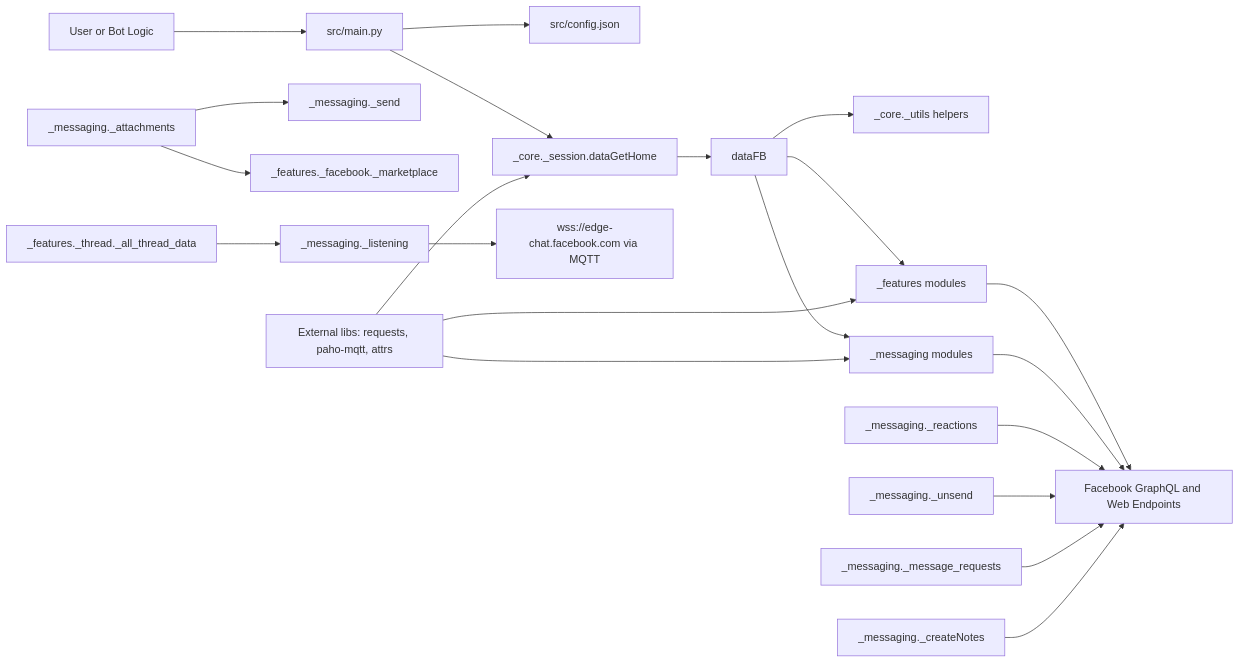
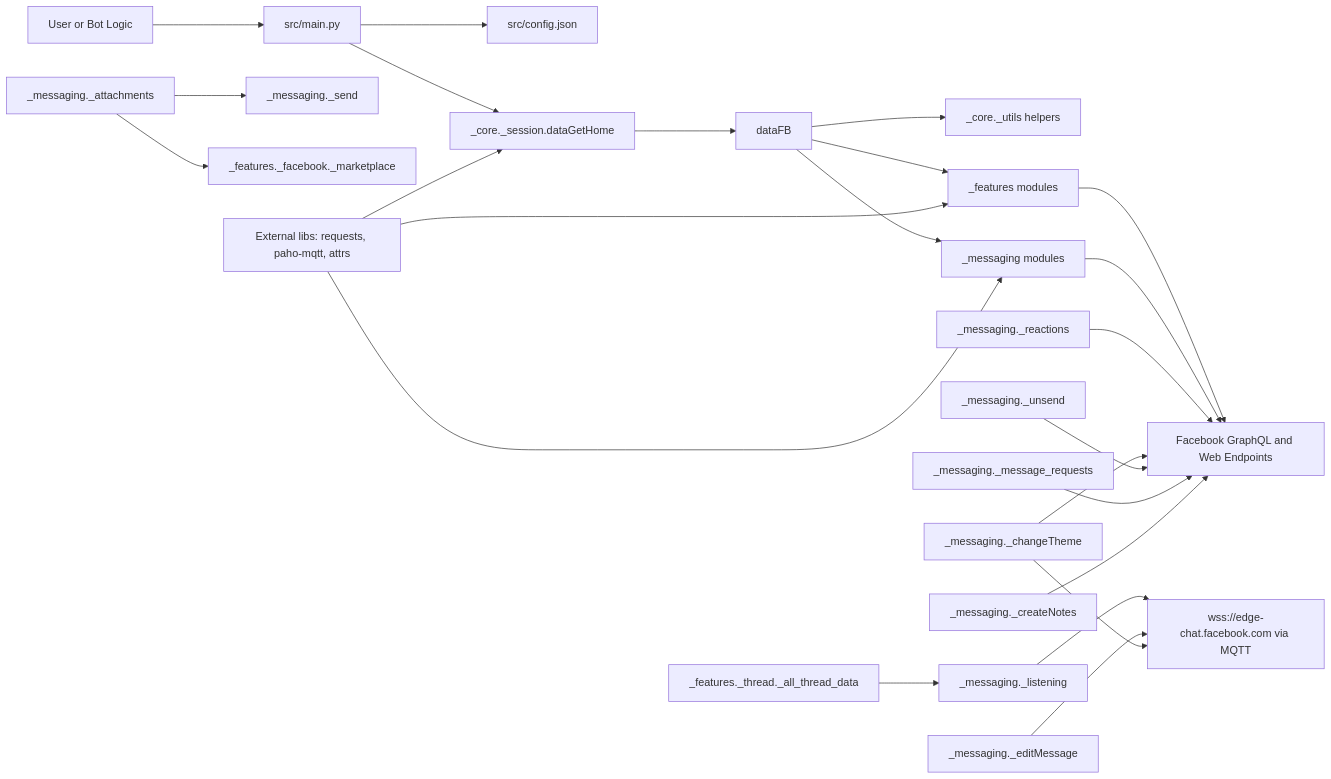
The second of 3 diagrams in FLOWCHART.md (m008v/fbchat-v2), drawn with Mermaid before and after one commit. The commit also changed other lines of this file and 13 other files, not shown here.

Commit message:
feat(docs): v2.1.3: add features: _editMessage, _changeTheme

````diff
--- a/FLOWCHART.md
+++ b/FLOWCHART.md
@@ -104,42 +106,45 @@
 ```mermaid
 flowchart LR
     USER[User or Bot Logic]
     CFG[src/config.json]
     MAIN[src/main.py]
 
     USER --> MAIN
     MAIN --> CFG
 
     MAIN --> SESSION[_core._session.dataGetHome]
     SESSION --> DFB[dataFB]
 
     DFB --> UTILS[_core._utils helpers]
 
     DFB --> FEATURES[_features modules]
     DFB --> MESSAGING[_messaging modules]
 
     FEATURES --> FB_API[Facebook GraphQL and Web Endpoints]
     MESSAGING --> FB_API
 
     ATTACH[_messaging._attachments]
     SEND[_messaging._send]
     MARKET[_features._facebook._marketplace]
     THREAD_DATA[_features._thread._all_thread_data]
     LISTENER[_messaging._listening]
 
     ATTACH --> SEND
     ATTACH --> MARKET
     THREAD_DATA --> LISTENER
 
     LISTENER --> MQTT[wss://edge-chat.facebook.com via MQTT]
 
     REACT[_messaging._reactions] --> FB_API
+    EDIT[_messaging._editMessage] --> MQTT
+    THEME[_messaging._changeTheme] --> FB_API
+    THEME --> MQTT
     UNSEND[_messaging._unsend] --> FB_API
     MSG_REQ[_messaging._message_requests] --> FB_API
     NOTES[_messaging._createNotes] --> FB_API
 
     EXTERNAL[External libs: requests, paho-mqtt, attrs]
     EXTERNAL --> FEATURES
     EXTERNAL --> MESSAGING
     EXTERNAL --> SESSION
 ```
````
